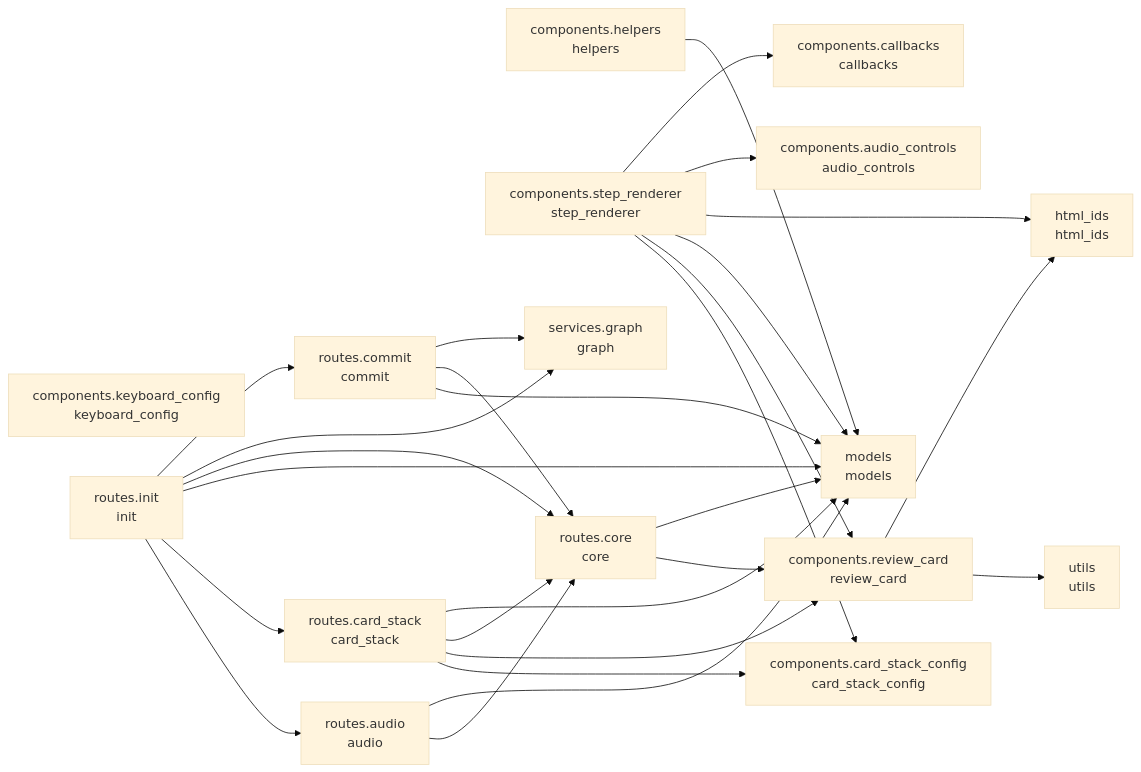
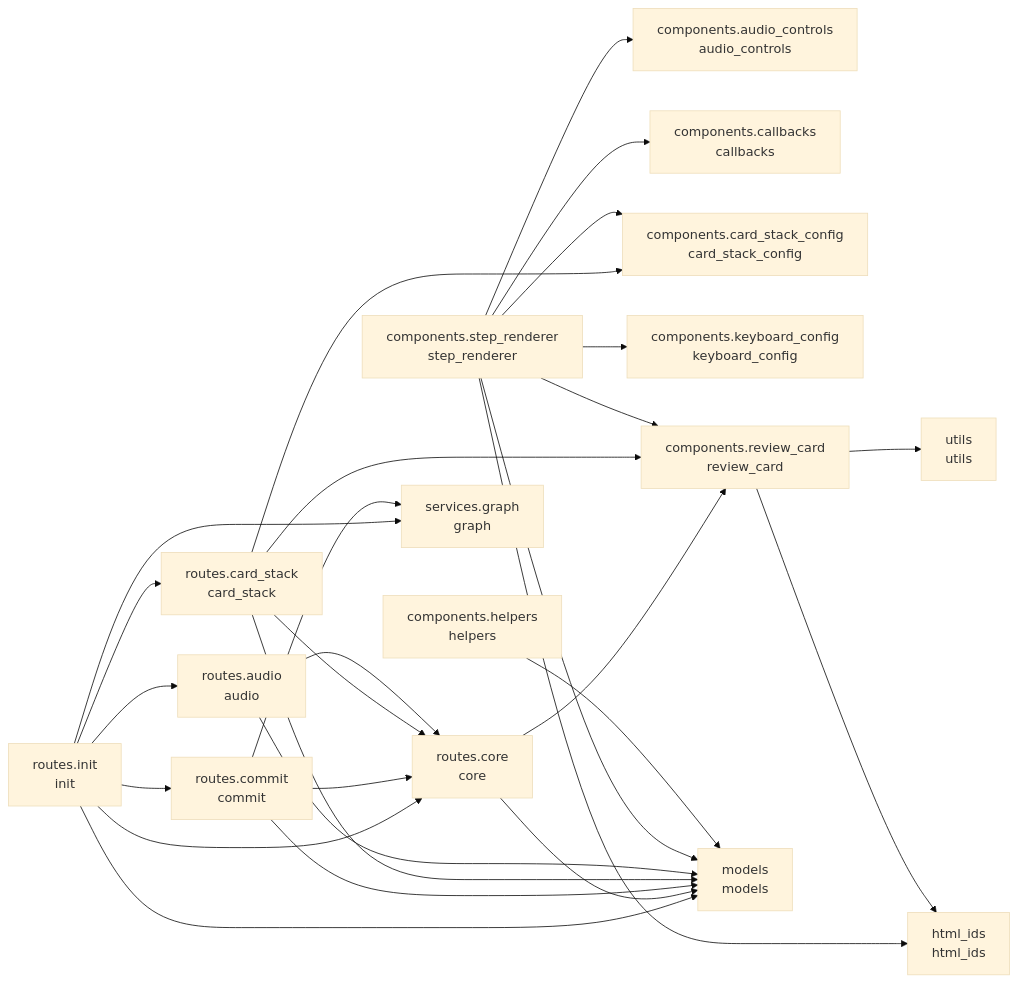
The diagram in README.md (cj-mills/cjm-transcript-review), drawn with Mermaid (base theme) before and after one commit. The commit also changed other lines of this file and 9 other files, not shown here.

````diff
--- a/README.md
+++ b/README.md
@@ -39,46 +39,47 @@
 ``` mermaid
 graph LR
     components_audio_controls[components.audio_controls<br/>audio_controls]
     components_callbacks[components.callbacks<br/>callbacks]
     components_card_stack_config[components.card_stack_config<br/>card_stack_config]
     components_helpers[components.helpers<br/>helpers]
     components_keyboard_config[components.keyboard_config<br/>keyboard_config]
     components_review_card[components.review_card<br/>review_card]
     components_step_renderer[components.step_renderer<br/>step_renderer]
     html_ids[html_ids<br/>html_ids]
     models[models<br/>models]
     routes_audio[routes.audio<br/>audio]
     routes_card_stack[routes.card_stack<br/>card_stack]
     routes_commit[routes.commit<br/>commit]
     routes_core[routes.core<br/>core]
     routes_init[routes.init<br/>init]
     services_graph[services.graph<br/>graph]
     utils[utils<br/>utils]
 
     components_helpers --> models
     components_review_card --> utils
     components_review_card --> html_ids
     components_step_renderer --> components_card_stack_config
+    components_step_renderer --> components_audio_controls
     components_step_renderer --> components_review_card
+    components_step_renderer --> html_ids
     components_step_renderer --> models
-    components_step_renderer --> html_ids
-    components_step_renderer --> components_audio_controls
     components_step_renderer --> components_callbacks
+    components_step_renderer --> components_keyboard_config
+    routes_audio --> models
     routes_audio --> routes_core
-    routes_audio --> models
     routes_card_stack --> components_card_stack_config
     routes_card_stack --> components_review_card
+    routes_card_stack --> models
     routes_card_stack --> routes_core
-    routes_card_stack --> models
     routes_commit --> models
+    routes_commit --> services_graph
     routes_commit --> routes_core
-    routes_commit --> services_graph
+    routes_core --> models
     routes_core --> components_review_card
-    routes_core --> models
+    routes_init --> models
+    routes_init --> services_graph
+    routes_init --> routes_commit
     routes_init --> routes_audio
     routes_init --> routes_card_stack
-    routes_init --> models
     routes_init --> routes_core
-    routes_init --> services_graph
-    routes_init --> routes_commit
 ```
````
